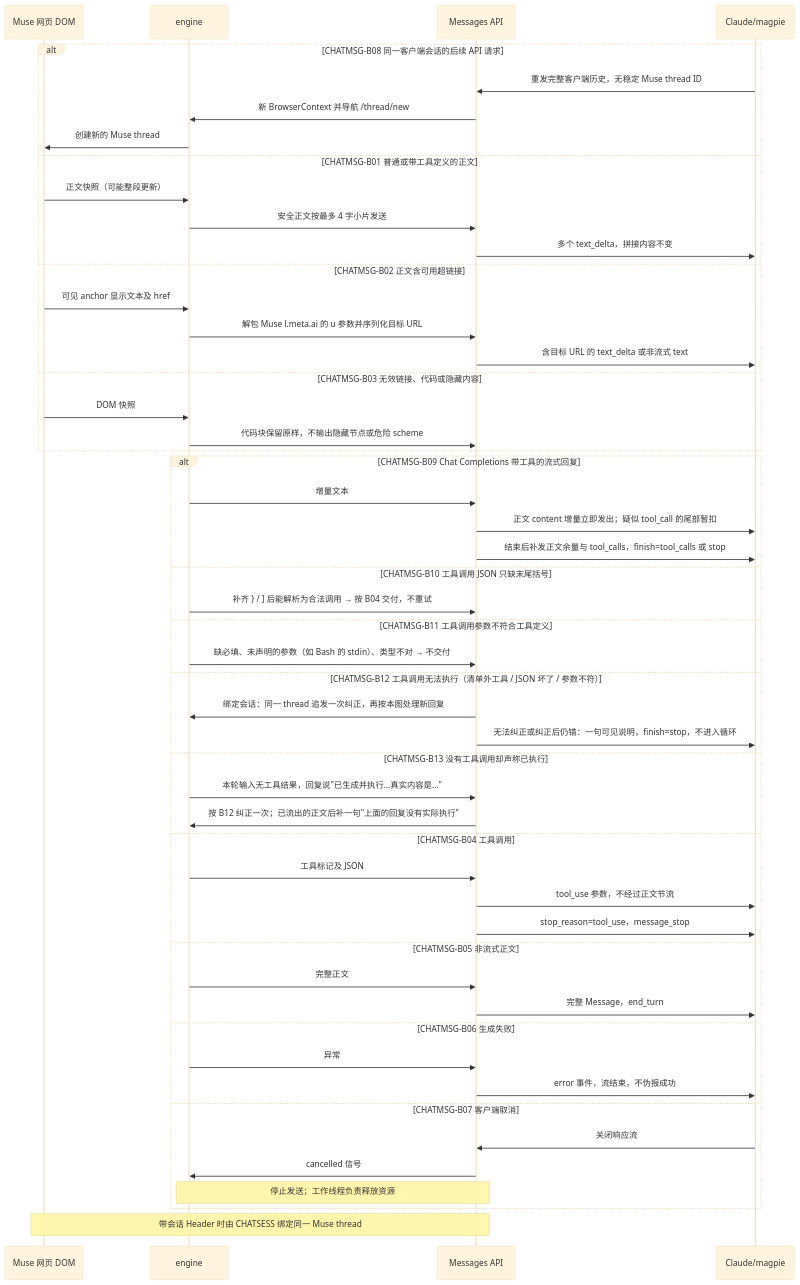
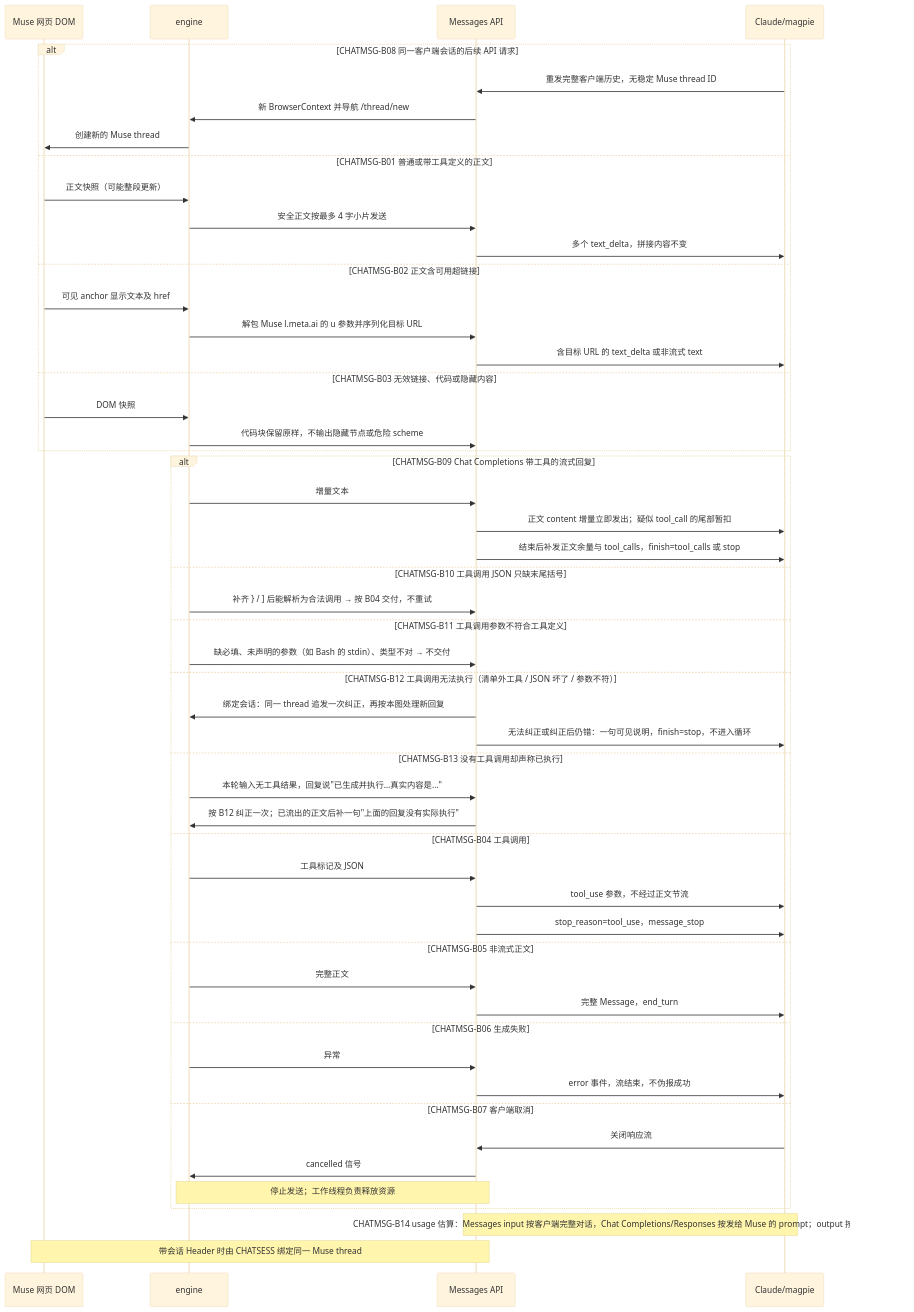
One commit to joslynSmall/muse2api changed the diagram in docs/flows/chat-api/chatmsg.md. Above: the diagram before and after it, drawn with Mermaid (base theme). The commit also changed other lines of this file and 3 other files, not shown here.

First line of the commit message:
feat(usage): 按字符估算 token 用量，Messages 输入按完整对话计算

````diff
--- a/docs/flows/chat-api/chatmsg.md
+++ b/docs/flows/chat-api/chatmsg.md
@@ -23,53 +23,54 @@
 ```mermaid
 sequenceDiagram
     participant W as Muse 网页 DOM
     participant E as engine
     participant A as Messages API
     participant C as Claude/magpie
     alt CHATMSG-B08 同一客户端会话的后续 API 请求
         C->>A: 重发完整客户端历史，无稳定 Muse thread ID
         A->>E: 新 BrowserContext 并导航 /thread/new
         E->>W: 创建新的 Muse thread
     else CHATMSG-B01 普通或带工具定义的正文
         W->>E: 正文快照（可能整段更新）
         E->>A: 安全正文按最多 4 字小片发送
         A->>C: 多个 text_delta，拼接内容不变
     else CHATMSG-B02 正文含可用超链接
         W->>E: 可见 anchor 显示文本及 href
         E->>A: 解包 Muse l.meta.ai 的 u 参数并序列化目标 URL
         A->>C: 含目标 URL 的 text_delta 或非流式 text
     else CHATMSG-B03 无效链接、代码或隐藏内容
         W->>E: DOM 快照
         E->>A: 代码块保留原样，不输出隐藏节点或危险 scheme
     end
     alt CHATMSG-B09 Chat Completions 带工具的流式回复
         E->>A: 增量文本
         A->>C: 正文 content 增量立即发出；疑似 tool_call 的尾部暂扣
         A->>C: 结束后补发正文余量与 tool_calls，finish=tool_calls 或 stop
     else CHATMSG-B10 工具调用 JSON 只缺末尾括号
         E->>A: 补齐 } / ] 后能解析为合法调用 → 按 B04 交付，不重试
     else CHATMSG-B11 工具调用参数不符合工具定义
         E->>A: 缺必填、未声明的参数（如 Bash 的 stdin）、类型不对 → 不交付
     else CHATMSG-B12 工具调用无法执行（清单外工具 / JSON 坏了 / 参数不符）
         A->>E: 绑定会话：同一 thread 追发一次纠正，再按本图处理新回复
         A->>C: 无法纠正或纠正后仍错：一句可见说明，finish=stop，不进入循环
     else CHATMSG-B13 没有工具调用却声称已执行
         E->>A: 本轮输入无工具结果，回复说"已生成并执行…真实内容是…"
         A->>E: 按 B12 纠正一次；已流出的正文后补一句"上面的回复没有实际执行"
     else CHATMSG-B04 工具调用
         E->>A: 工具标记及 JSON
         A->>C: tool_use 参数，不经过正文节流
         A->>C: stop_reason=tool_use，message_stop
     else CHATMSG-B05 非流式正文
         E->>A: 完整正文
         A->>C: 完整 Message，end_turn
     else CHATMSG-B06 生成失败
         E->>A: 异常
         A->>C: error 事件，流结束，不伪报成功
     else CHATMSG-B07 客户端取消
         C->>A: 关闭响应流
         A->>E: cancelled 信号
         Note over A,E: 停止发送；工作线程负责释放资源
     end
+    Note over A,C: CHATMSG-B14 usage 估算：Messages input 按客户端完整对话，Chat Completions/Responses 按发给 Muse 的 prompt；output 按正文+工具参数
     Note over A,W: 带会话 Header 时由 CHATSESS 绑定同一 Muse thread
 ```
````
